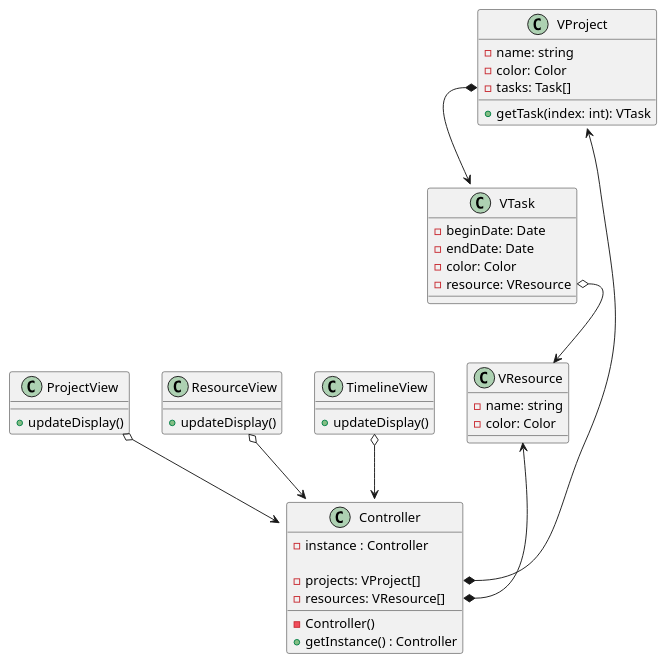
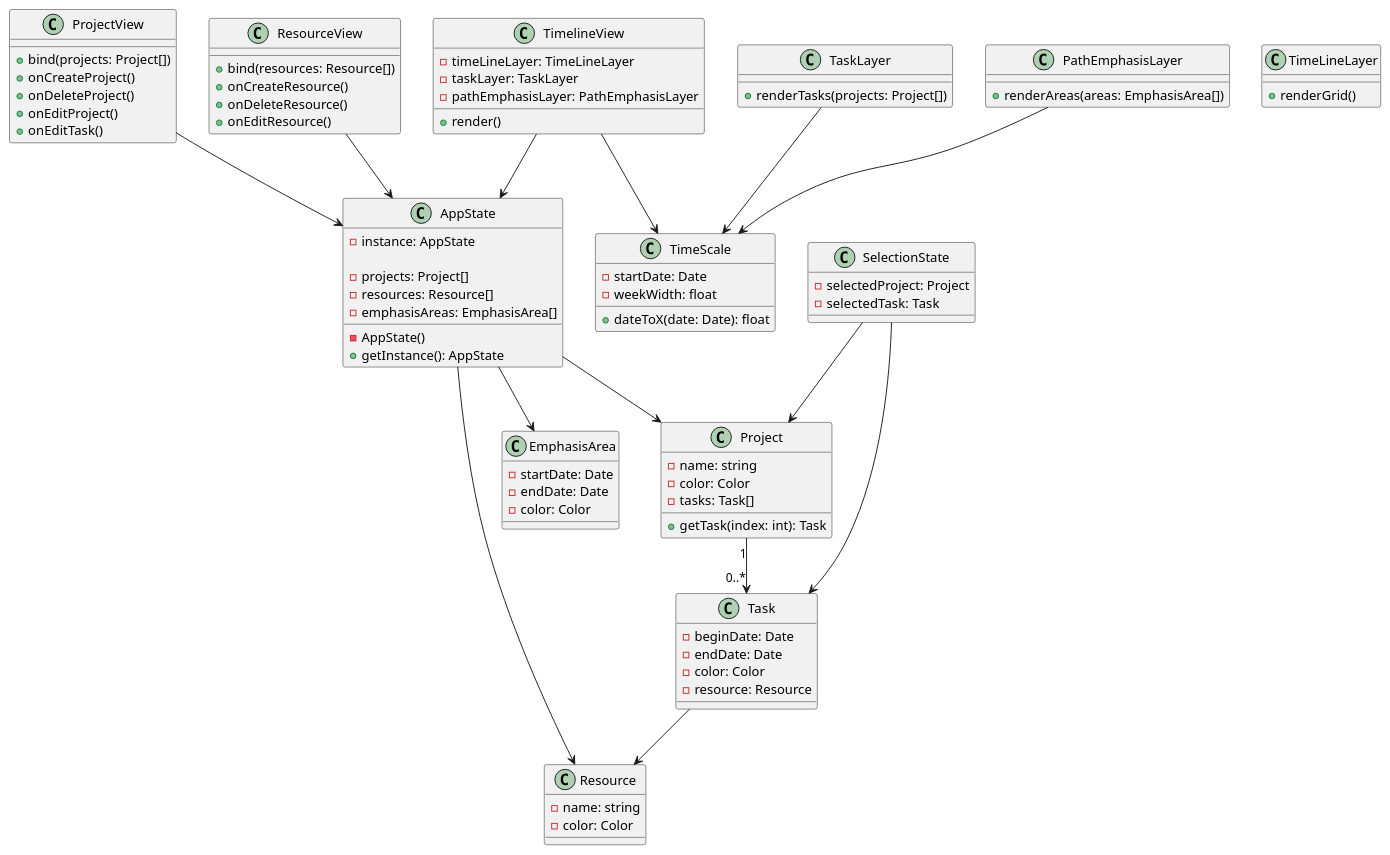
One commit to Hyuntae-Lee/DesignPattern changed the diagram in ProjectManager/blueprint/class_diagram.puml. Above: the diagram before and after it, drawn with PlantUML. The commit also changed 1 other file, not shown here.

```diff
--- a/ProjectManager/blueprint/class_diagram.puml
+++ b/ProjectManager/blueprint/class_diagram.puml
@@ -1,54 +1,122 @@
 @startuml Classes
 
-class VResource {
+' =======================
+' Domain Models
+' =======================
+
+class Resource {
     -name: string
     -color: Color
 }
 
-class VTask {
+class Task {
     -beginDate: Date
     -endDate: Date
     -color: Color
-    -resource: VResource
+    -resource: Resource
 }
 
-class VProject {
+class Project {
     -name: string
     -color: Color
     -tasks: Task[]
-    +getTask(index: int): VTask
+    +getTask(index: int): Task
 }
 
-class Controller {
-    ' singleton
-    - instance : Controller
-    - Controller()
-    + getInstance() : Controller
-
-    -projects: VProject[]
-    -resources: VResource[]
+class EmphasisArea {
+    -startDate: Date
+    -endDate: Date
+    -color: Color
 }
 
+' =======================
+' Application State
+' =======================
+
+class AppState {
+    ' singleton (temporary pragmatic choice)
+    -instance: AppState
+    -AppState()
+    +getInstance(): AppState
+
+    -projects: Project[]
+    -resources: Resource[]
+    -emphasisAreas: EmphasisArea[]
+}
+
+class SelectionState {
+    -selectedProject: Project
+    -selectedTask: Task
+}
+
+' =======================
+' View Layer
+' =======================
+
 class ProjectView {
-    +updateDisplay()
+    +bind(projects: Project[])
+    +onCreateProject()
+    +onDeleteProject()
+    +onEditProject()
+    +onEditTask()
 }
 
 class ResourceView {
-    +updateDisplay()
+    +bind(resources: Resource[])
+    +onCreateResource()
+    +onDeleteResource()
+    +onEditResource()
 }
 
 class TimelineView {
-    +updateDisplay()
+    -timeLineLayer: TimeLineLayer
+    -taskLayer: TaskLayer
+    -pathEmphasisLayer: PathEmphasisLayer
+    +render()
 }
 
-' Releations
-VProject <--* Controller::projects
-VResource <--* Controller::resources
-ProjectView o--> Controller
-ResourceView o--> Controller
-TimelineView o--> Controller
+class TimeLineLayer {
+    +renderGrid()
+}
 
-VTask::resource o--> VResource
-VProject::tasks *--> VTask
+class TaskLayer {
+    +renderTasks(projects: Project[])
+}
+
+class PathEmphasisLayer {
+    +renderAreas(areas: EmphasisArea[])
+}
+
+' =======================
+' Utility
+' =======================
+
+class TimeScale {
+    -startDate: Date
+    -weekWidth: float
+    +dateToX(date: Date): float
+}
+
+' =======================
+' Relationships
+' =======================
+
+AppState --> Project
+AppState --> Resource
+AppState --> EmphasisArea
+
+Project "1" --> "0..*" Task
+Task --> Resource
+
+SelectionState --> Project
+SelectionState --> Task
+
+ProjectView --> AppState
+ResourceView --> AppState
+TimelineView --> AppState
+
+TimelineView --> TimeScale
+TaskLayer --> TimeScale
+PathEmphasisLayer --> TimeScale
 
 @enduml
```
